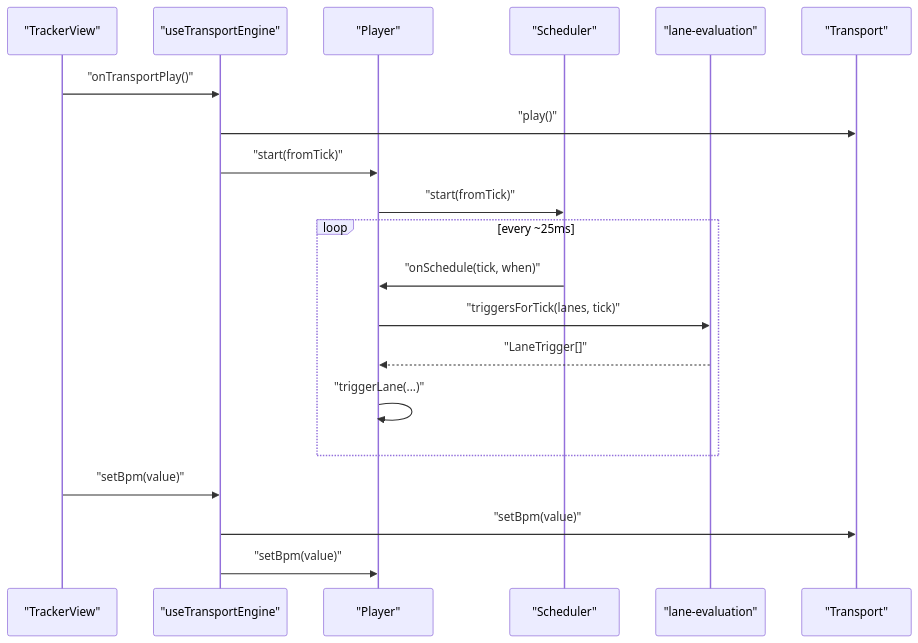
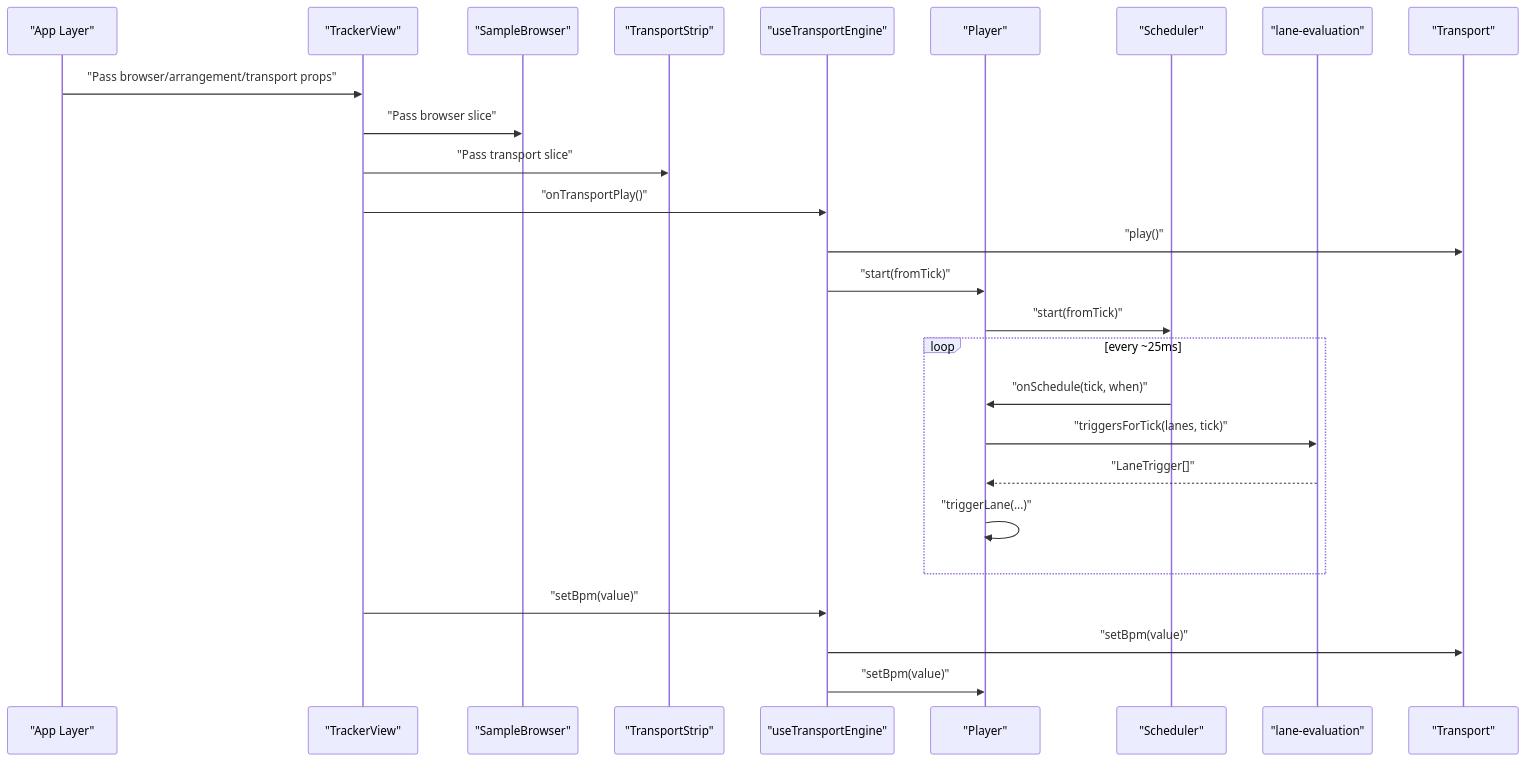
Before and after one commit to satyrlord/mixjam-electron: the second of 7 diagrams in .qoder/repowiki/en/content/Core Components/Tracker View Enhancements.md, drawn with Mermaid. The commit also changed other lines of this file and 51 other files, not shown here.

````diff
--- a/.qoder/repowiki/en/content/Core Components/Tracker View Enhancements.md
+++ b/.qoder/repowiki/en/content/Core Components/Tracker View Enhancements.md
@@ -129,22 +161,28 @@
 ```mermaid
 sequenceDiagram
-participant UI as "TrackerView"
+participant App as "App Layer"
+participant TV as "TrackerView"
+participant SB as "SampleBrowser"
+participant TS as "TransportStrip"
 participant Hook as "useTransportEngine"
 participant Player as "Player"
 participant Sched as "Scheduler"
 participant Eval as "lane-evaluation"
 participant TE as "Transport"
-UI->>Hook : "onTransportPlay()"
+App->>TV : "Pass browser/arrangement/transport props"
+TV->>SB : "Pass browser slice"
+TV->>TS : "Pass transport slice"
+TV->>Hook : "onTransportPlay()"
 Hook->>TE : "play()"
 Hook->>Player : "start(fromTick)"
 Player->>Sched : "start(fromTick)"
 loop every ~25ms
 Sched->>Player : "onSchedule(tick, when)"
 Player->>Eval : "triggersForTick(lanes, tick)"
 Eval-->>Player : "LaneTrigger[]"
 Player->>Player : "triggerLane(...)"
 end
-UI->>Hook : "setBpm(value)"
+TV->>Hook : "setBpm(value)"
 Hook->>TE : "setBpm(value)"
 Hook->>Player : "setBpm(value)"
 ```
````
